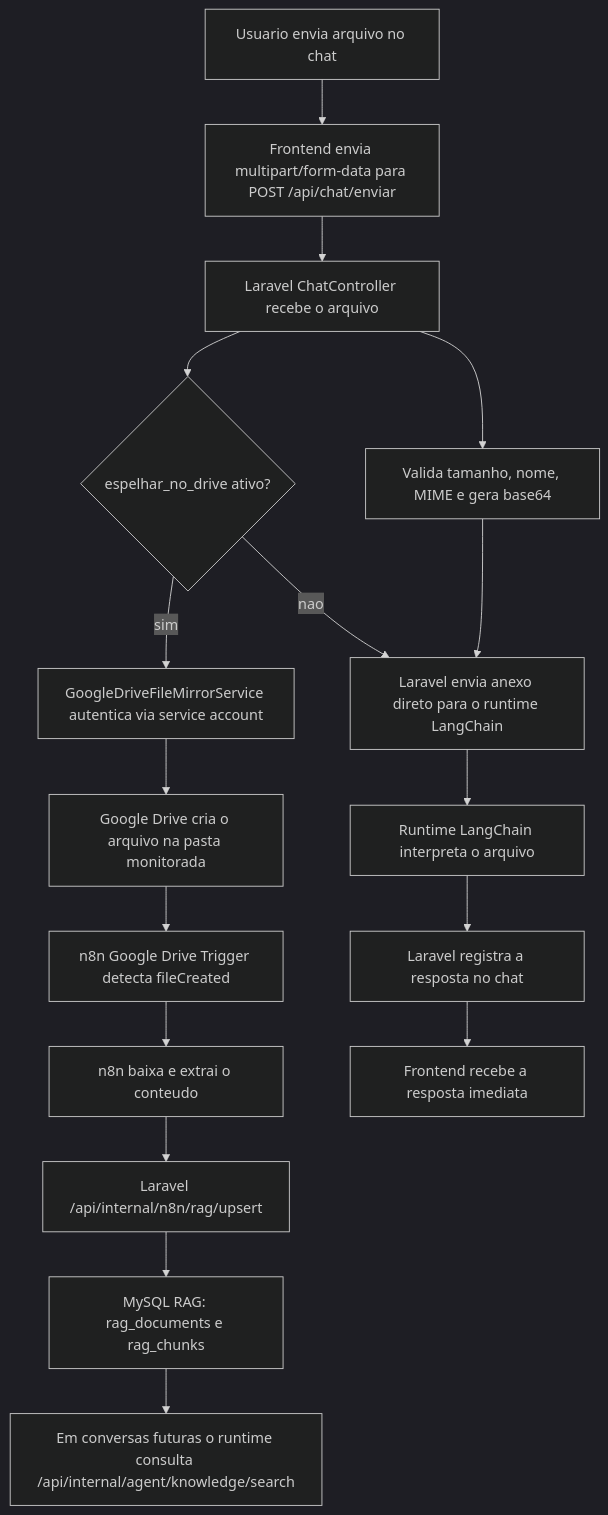
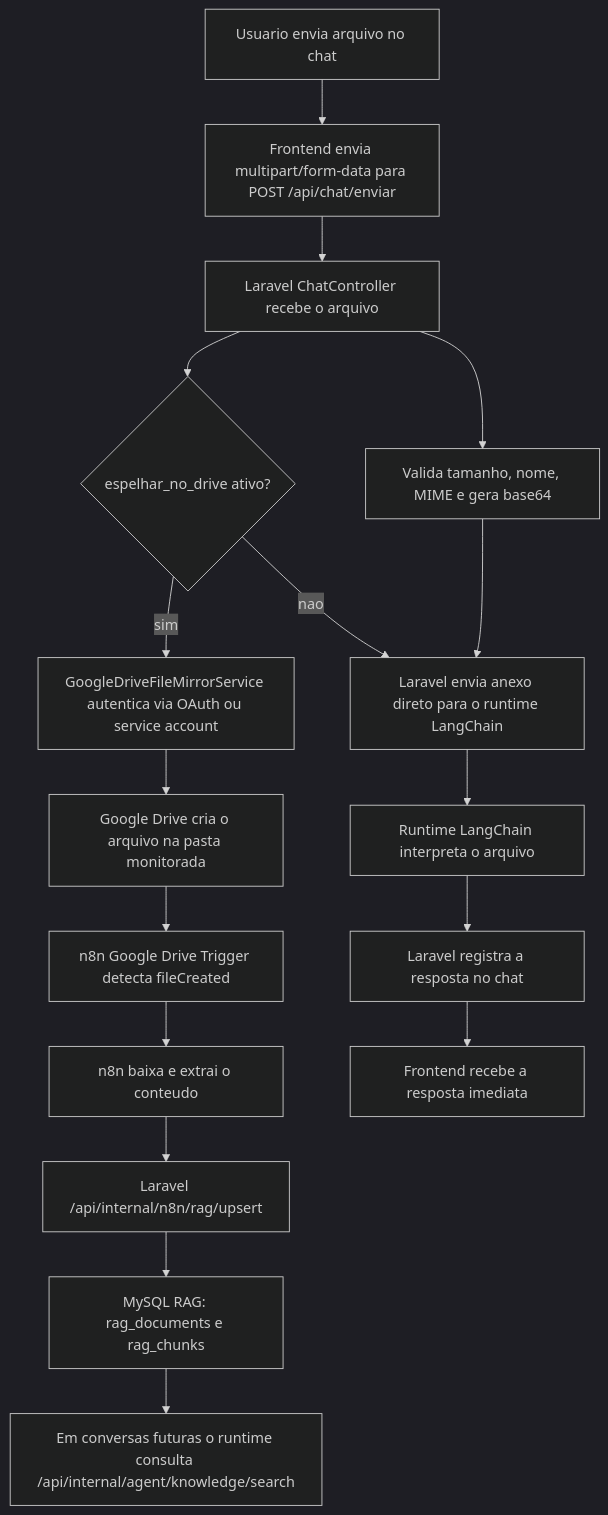
One commit to RenanPapalino/clinica-backend changed the diagram in docs/fluxo-upload-chat-drive-n8n.md. Above: the diagram before and after it, drawn with Mermaid (dark theme). The commit also changed other lines of this file and 68 other files, not shown here.

````diff
--- a/docs/fluxo-upload-chat-drive-n8n.md
+++ b/docs/fluxo-upload-chat-drive-n8n.md
@@ -14,19 +14,19 @@
 ```mermaid
 flowchart TD
     A[Usuario envia arquivo no chat] --> B[Frontend envia multipart/form-data para POST /api/chat/enviar]
     B --> C[Laravel ChatController recebe o arquivo]
     C --> D[Valida tamanho, nome, MIME e gera base64]
     C --> E{espelhar_no_drive ativo?}
     E -- nao --> F[Laravel envia anexo direto para o runtime LangChain]
-    E -- sim --> G[GoogleDriveFileMirrorService autentica via service account]
+    E -- sim --> G[GoogleDriveFileMirrorService autentica via OAuth ou service account]
     G --> H[Google Drive cria o arquivo na pasta monitorada]
     H --> I[n8n Google Drive Trigger detecta fileCreated]
     I --> J[n8n baixa e extrai o conteudo]
     J --> K[Laravel /api/internal/n8n/rag/upsert]
     K --> L[MySQL RAG: rag_documents e rag_chunks]
     D --> F
     F --> M[Runtime LangChain interpreta o arquivo]
     M --> N[Laravel registra a resposta no chat]
     N --> O[Frontend recebe a resposta imediata]
     L --> P[Em conversas futuras o runtime consulta /api/internal/agent/knowledge/search]
 ```
````
